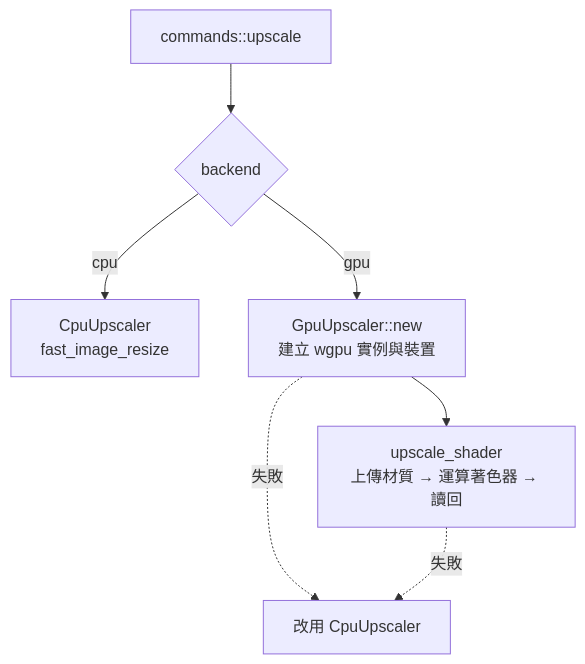
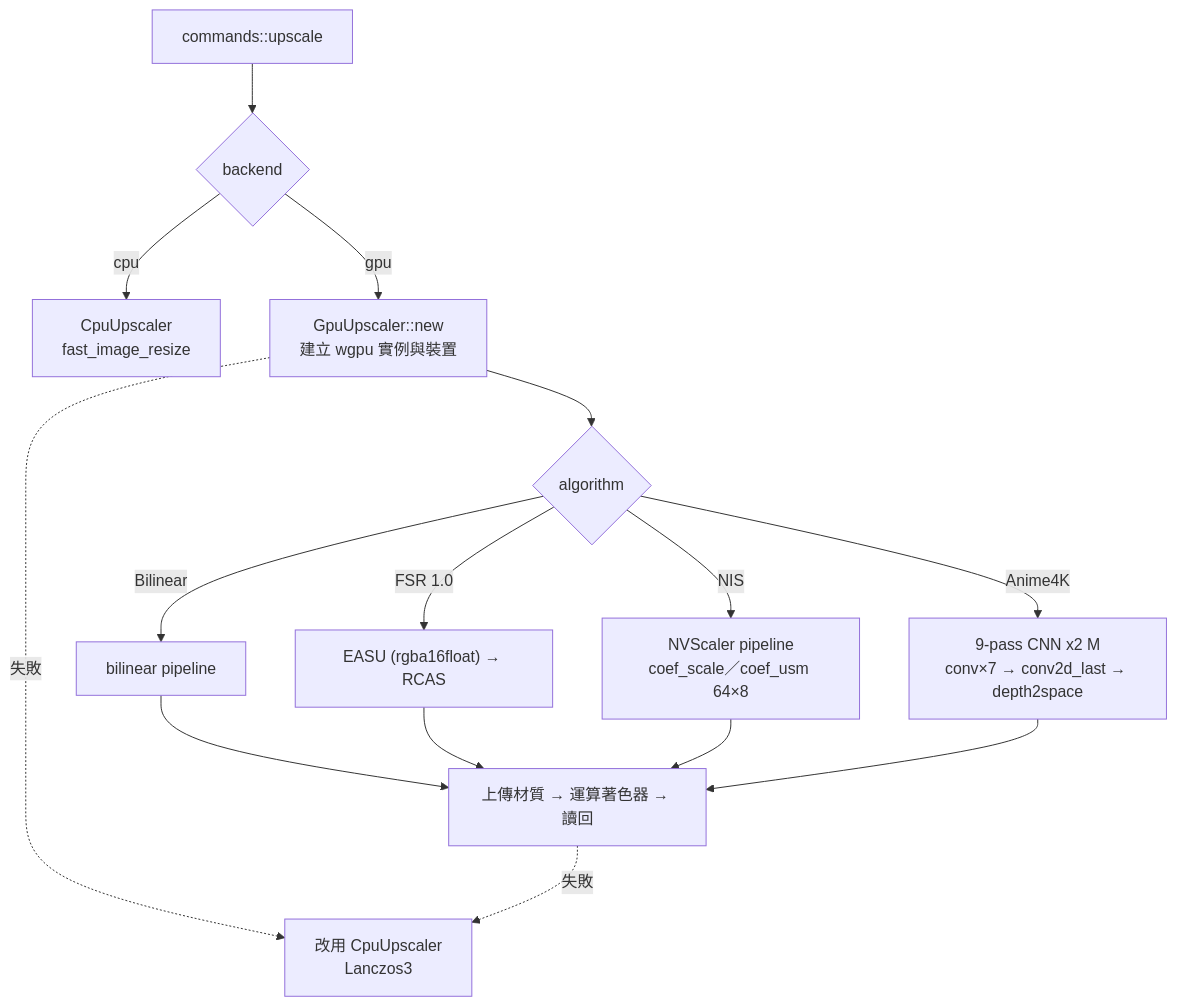
Before and after one commit to cornercookie/CookieSincraft: the second of 2 diagrams in Agents/system-architecture.md, drawn with Mermaid. The commit also changed other lines of this file and 60 other files, not shown here.

````diff
--- a/Agents/system-architecture.md
+++ b/Agents/system-architecture.md
@@ -61,9 +61,17 @@
 ```mermaid
 flowchart TB
     cmd["commands::upscale"] --> sel{"backend"}
     sel -->|cpu| cpu["CpuUpscaler<br/>fast_image_resize"]
     sel -->|gpu| new["GpuUpscaler::new<br/>建立 wgpu 實例與裝置"]
-    new --> shader["upscale_shader<br/>上傳材質 → 運算著色器 → 讀回"]
-    new -.->|"失敗"| fb["改用 CpuUpscaler"]
+    new --> sel2{"algorithm"}
+    sel2 -->|Bilinear| bil["bilinear pipeline"]
+    sel2 -->|FSR 1.0| fsr["EASU (rgba16float) → RCAS"]
+    sel2 -->|NIS| nis["NVScaler pipeline<br/>coef_scale／coef_usm 64×8"]
+    sel2 -->|Anime4K| anime["9-pass CNN x2 M<br/>conv×7 → conv2d_last → depth2space"]
+    bil --> shader["上傳材質 → 運算著色器 → 讀回"]
+    fsr --> shader
+    nis --> shader
+    anime --> shader
+    new -.->|"失敗"| fb["改用 CpuUpscaler<br/>Lanczos3"]
     shader -.->|"失敗"| fb
 ```
````
